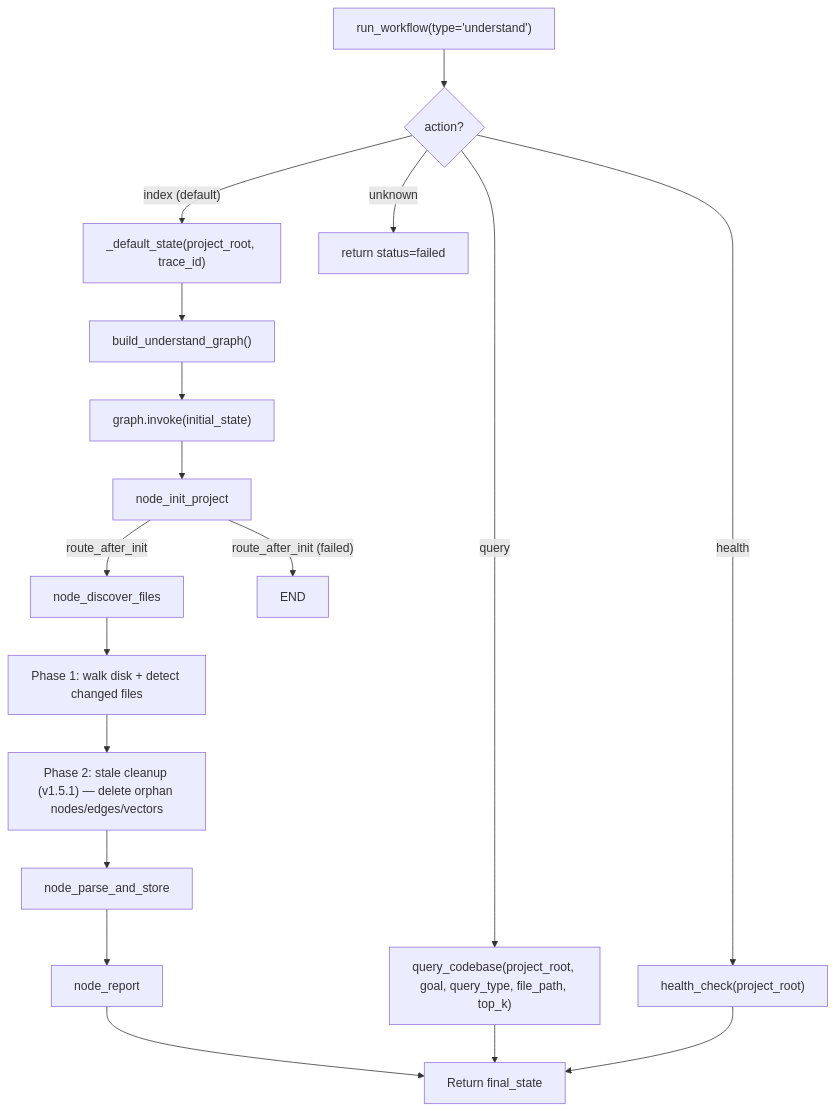
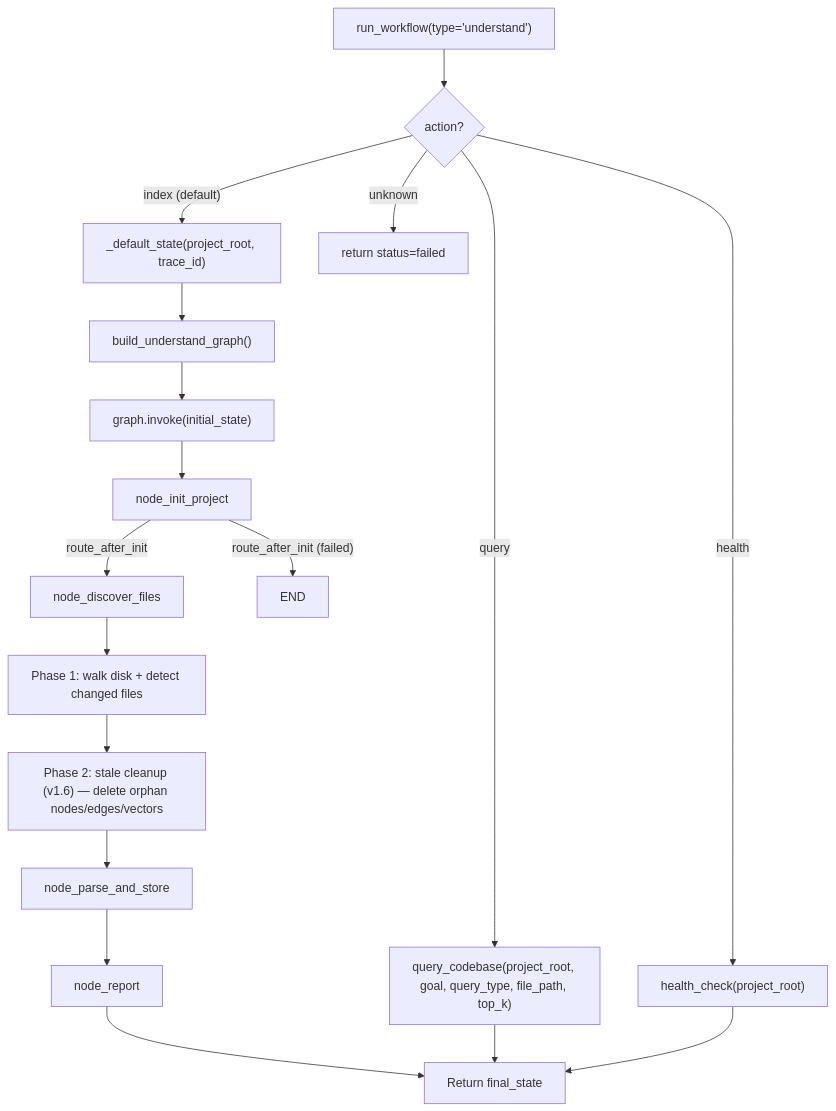
One commit to brunogcar/agent changed the diagram in docs/workflows/understand/ARCHITECTURE.md. Above: the diagram before and after it, drawn with Mermaid. The commit also changed other lines of this file and 26 other files, not shown here.

````diff
--- a/docs/workflows/understand/ARCHITECTURE.md
+++ b/docs/workflows/understand/ARCHITECTURE.md
@@ -52,20 +52,20 @@
 ```mermaid
 graph TD
     A["run_workflow(type='understand')"] --> ACT{"action?"}
     ACT -->|"index (default)"| B["_default_state(project_root, trace_id)"]
     ACT -->|"query"| Q["query_codebase(project_root, goal, query_type, file_path, top_k)"]
     ACT -->|"health"| H["health_check(project_root)"]
     ACT -->|"unknown"| FAIL["return status=failed"]
     B --> C["build_understand_graph()"]
     C --> D["graph.invoke(initial_state)"]
     D --> E["node_init_project"]
     E -->|"route_after_init"| F["node_discover_files"]
     E -->|"route_after_init (failed)"| END["END"]
     F --> F2["Phase 1: walk disk + detect changed files"]
-    F2 --> F3["Phase 2: stale cleanup (v1.5.1) — delete orphan nodes/edges/vectors"]
+    F2 --> F3["Phase 2: stale cleanup (v1.6) — delete orphan nodes/edges/vectors"]
     F3 --> G["node_parse_and_store"]
     G --> H2["node_report"]
     H2 --> I["Return final_state"]
     Q --> I
     H --> I
 ```
````
